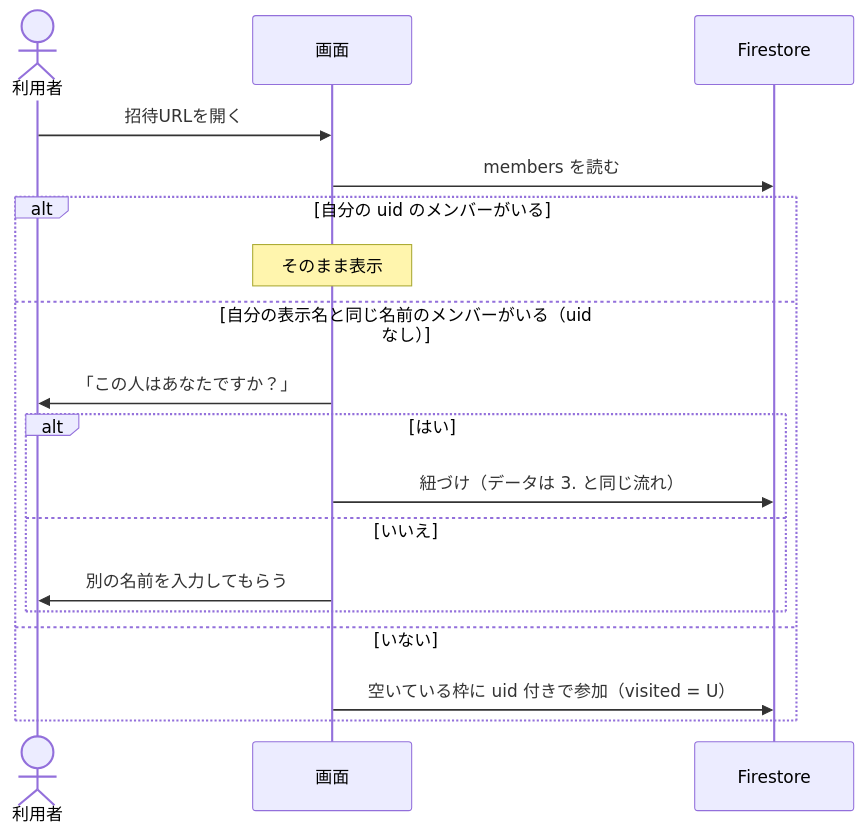
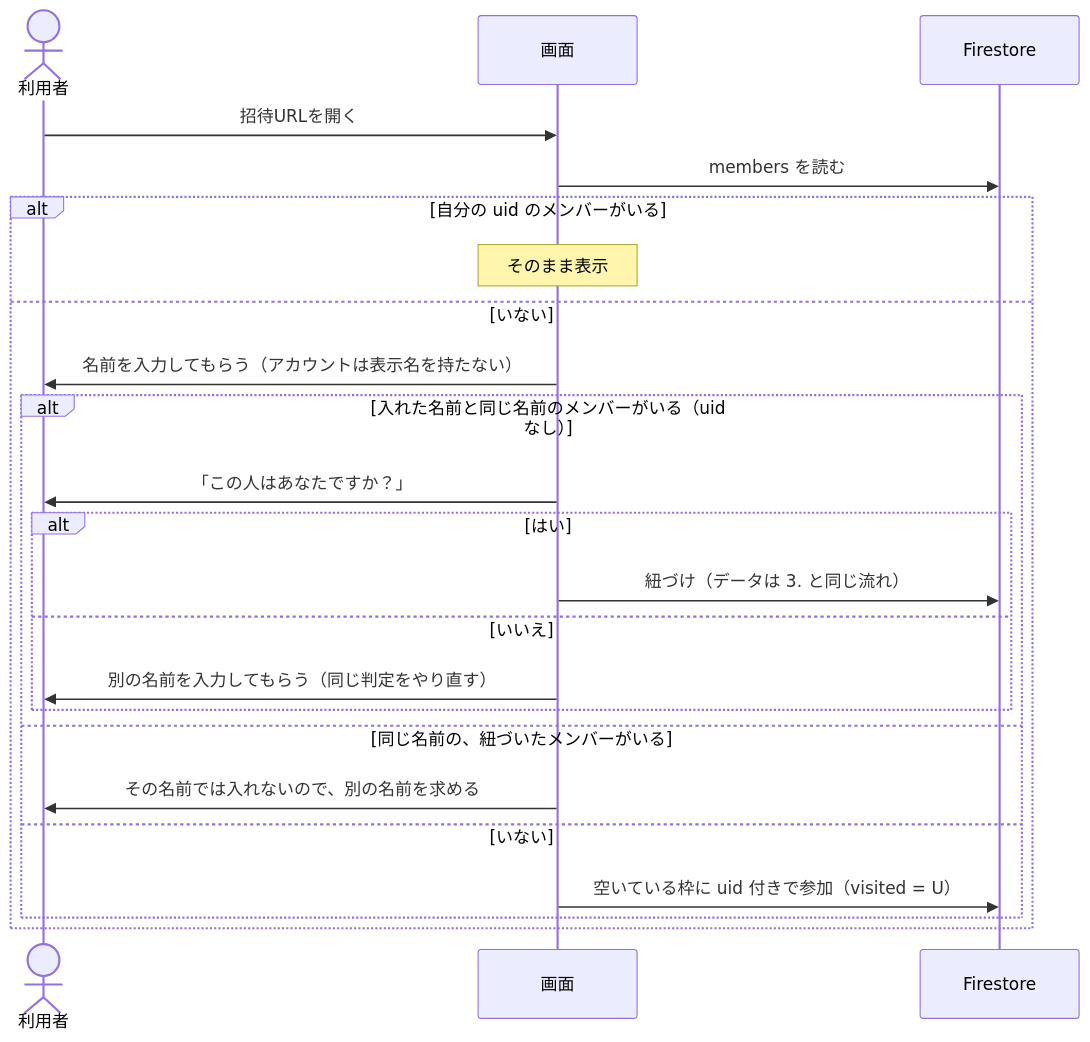
One commit to yuppy52/tabikaigi-map changed the fourth of 5 diagrams in docs/design/auth-flow.md. Above: the diagram before and after it, drawn with Mermaid. The commit also changed other lines of this file and 7 other files, not shown here.

````diff
--- a/docs/design/auth-flow.md
+++ b/docs/design/auth-flow.md
@@ -86,21 +87,26 @@
 ```mermaid
 sequenceDiagram
   actor U as 利用者
   participant App as 画面
   participant DB as Firestore
 
   U->>App: 招待URLを開く
   App->>DB: members を読む
   alt 自分の uid のメンバーがいる
     Note over App: そのまま表示
-  else 自分の表示名と同じ名前のメンバーがいる（uid なし）
-    App->>U: 「この人はあなたですか？」
-    alt はい
-      App->>DB: 紐づけ（データは 3. と同じ流れ）
-    else いいえ
-      App->>U: 別の名前を入力してもらう
+  else いない
+    App->>U: 名前を入力してもらう（アカウントは表示名を持たない）
+    alt 入れた名前と同じ名前のメンバーがいる（uid なし）
+      App->>U: 「この人はあなたですか？」
+      alt はい
+        App->>DB: 紐づけ（データは 3. と同じ流れ）
+      else いいえ
+        App->>U: 別の名前を入力してもらう（同じ判定をやり直す）
+      end
+    else 同じ名前の、紐づいたメンバーがいる
+      App->>U: その名前では入れないので、別の名前を求める
+    else いない
+      App->>DB: 空いている枠に uid 付きで参加（visited = U）
     end
-  else いない
-    App->>DB: 空いている枠に uid 付きで参加（visited = U）
   end
 ```
````
